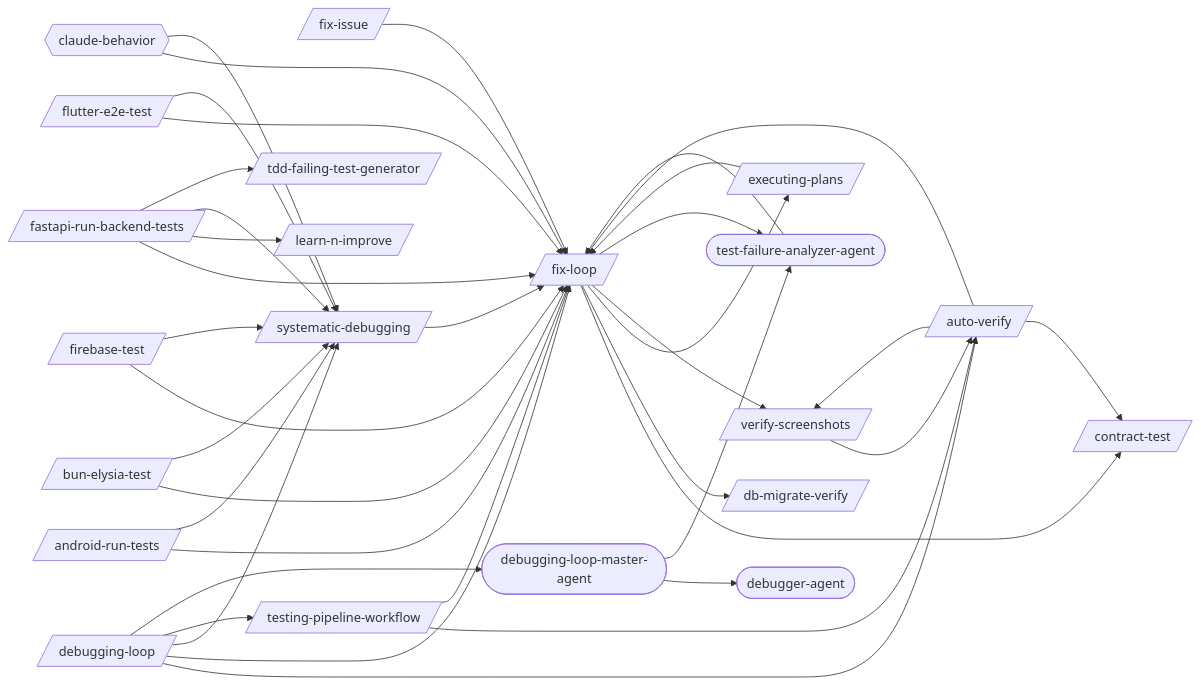
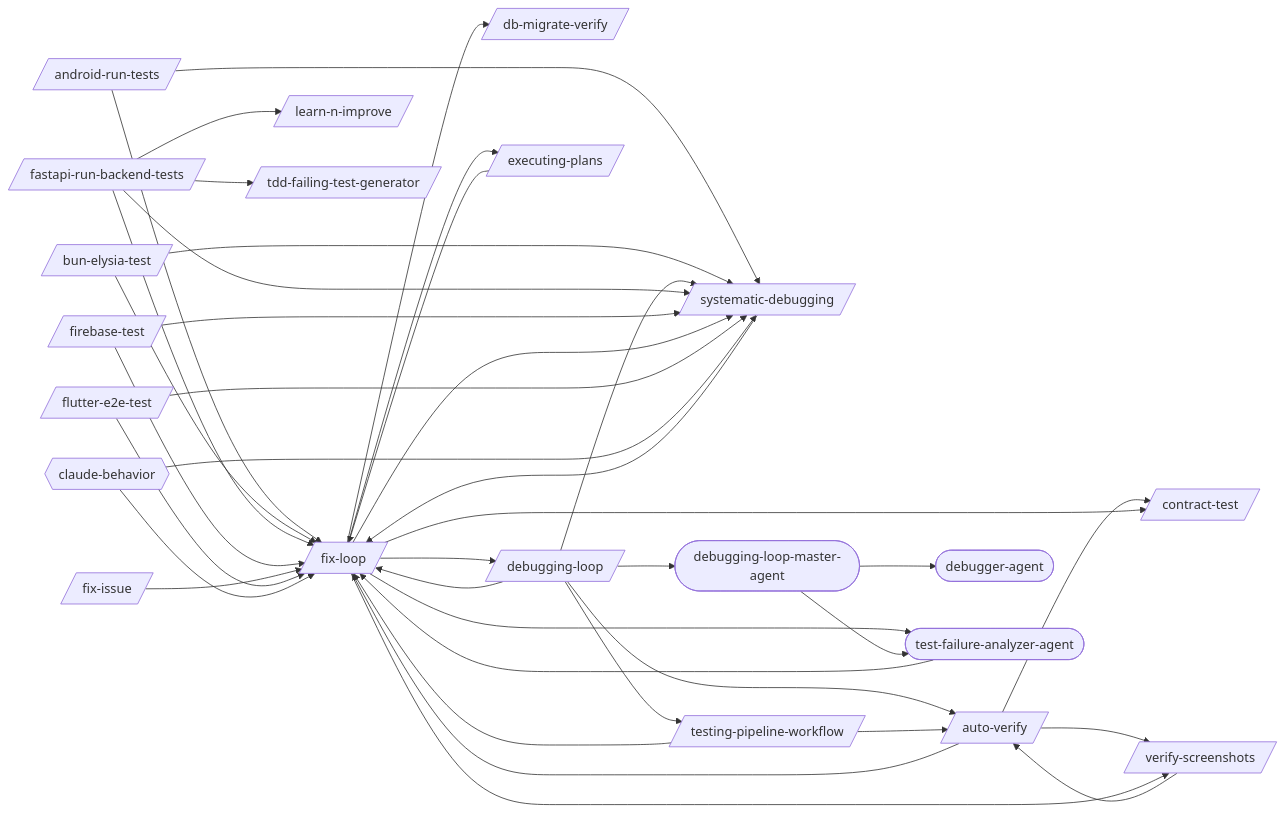
One commit to abhayla/claude-best-practices changed the first of 21 diagrams in docs/workflows/debugging-loop.md. Above: the diagram before and after it, drawn with Mermaid. The commit also changed other lines of this file and 12 other files, not shown here.

````diff
--- a/docs/workflows/debugging-loop.md
+++ b/docs/workflows/debugging-loop.md
@@ -9,60 +9,62 @@
 ```mermaid
 graph LR
     android_run_tests[/android-run-tests/]
     auto_verify[/auto-verify/]
     bun_elysia_test[/bun-elysia-test/]
     contract_test[/contract-test/]
     db_migrate_verify[/db-migrate-verify/]
     debugging_loop[/debugging-loop/]
     executing_plans[/executing-plans/]
     fastapi_run_backend_tests[/fastapi-run-backend-tests/]
     firebase_test[/firebase-test/]
     fix_issue[/fix-issue/]
     fix_loop[/fix-loop/]
     flutter_e2e_test[/flutter-e2e-test/]
     learn_n_improve[/learn-n-improve/]
     systematic_debugging[/systematic-debugging/]
     tdd_failing_test_generator[/tdd-failing-test-generator/]
     testing_pipeline_workflow[/testing-pipeline-workflow/]
     verify_screenshots[/verify-screenshots/]
     debugger_agent([debugger-agent])
     debugging_loop_master_agent([debugging-loop-master-agent])
     test_failure_analyzer_agent([test-failure-analyzer-agent])
     claude_behavior{{claude-behavior}}
     android_run_tests --> fix_loop
     android_run_tests --> systematic_debugging
     auto_verify --> contract_test
     auto_verify --> fix_loop
     auto_verify --> verify_screenshots
     bun_elysia_test --> fix_loop
     bun_elysia_test --> systematic_debugging
     debugging_loop --> auto_verify
     debugging_loop --> fix_loop
     debugging_loop --> systematic_debugging
     debugging_loop --> testing_pipeline_workflow
     debugging_loop --> debugging_loop_master_agent
     executing_plans --> fix_loop
     fastapi_run_backend_tests --> fix_loop
     fastapi_run_backend_tests --> learn_n_improve
     fastapi_run_backend_tests --> systematic_debugging
     fastapi_run_backend_tests --> tdd_failing_test_generator
     firebase_test --> fix_loop
     firebase_test --> systematic_debugging
     fix_issue --> fix_loop
     fix_loop --> contract_test
     fix_loop --> db_migrate_verify
+    fix_loop --> debugging_loop
     fix_loop --> executing_plans
+    fix_loop --> systematic_debugging
     fix_loop --> verify_screenshots
     fix_loop --> test_failure_analyzer_agent
     flutter_e2e_test --> fix_loop
     flutter_e2e_test --> systematic_debugging
     systematic_debugging --> fix_loop
     testing_pipeline_workflow --> auto_verify
     testing_pipeline_workflow --> fix_loop
     verify_screenshots --> auto_verify
     debugging_loop_master_agent --> debugger_agent
     debugging_loop_master_agent --> test_failure_analyzer_agent
     test_failure_analyzer_agent --> fix_loop
     claude_behavior --> fix_loop
     claude_behavior --> systematic_debugging
 ```
````
